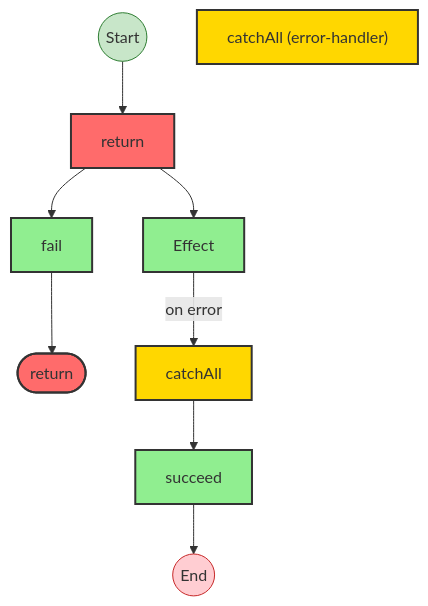
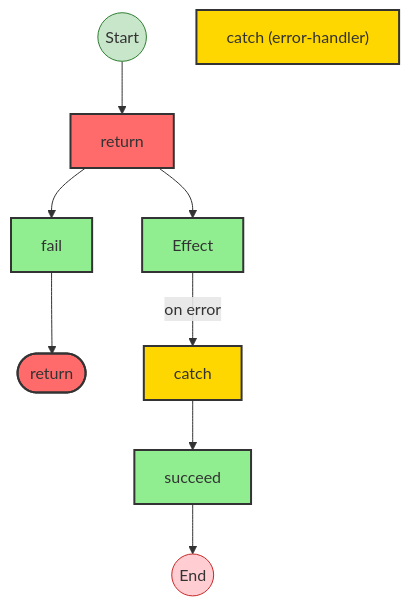
Before and after one commit to jagreehal/effect-analyzer: the fifth of 6 diagrams in packages/effect-analyzer/src/__fixtures__/lint-issues.effect-analysis.md, drawn with Mermaid. The commit also changed other lines of this file and 131 other files, not shown here.

First line of the commit message:
feat!: Effect v4-only architecture with decomposed analysis interface (#202)

````diff
--- a/packages/effect-analyzer/src/__fixtures__/lint-issues.effect-analysis.md
+++ b/packages/effect-analyzer/src/__fixtures__/lint-issues.effect-analysis.md
@@ -282,41 +282,41 @@
 ```mermaid
 flowchart TB
 
-  %% Program: catchAllProgram
+  %% Program: catchProgram
 
   start((Start))
   end_node((End))
 
   n2["return"]
   term_3(["return"])
   n4["fail"]
-  n5["catchAll (error-handler)"]
+  n5["catch (error-handler)"]
   n6["Effect"]
-  err_handler_7["catchAll"]
+  err_handler_7["catch"]
   n8["succeed"]
 
   %% Edges
   n2 --> n4
   n4 --> term_3
   n6 -->|on error| err_handler_7
   err_handler_7 --> n8
   n2 --> n6
   start --> n2
   n8 --> end_node
 
   %% Styles
   classDef startStyle fill:#c8e6c9,stroke:#2e7d32
   classDef endStyle fill:#ffcdd2,stroke:#c62828
   classDef effectStyle fill:#90EE90,stroke:#333,stroke-width:2px
   classDef errorHandlerStyle fill:#FFD700,stroke:#333,stroke-width:2px
   classDef terminalStyle fill:#FF6B6B,stroke:#333,stroke-width:2px
   class start startStyle
   class end_node endStyle
   class n2 terminalStyle
   class term_3 terminalStyle
   class n4 effectStyle
   class n5 errorHandlerStyle
   class n6 effectStyle
   class err_handler_7 errorHandlerStyle
   class n8 effectStyle
 ```
````
